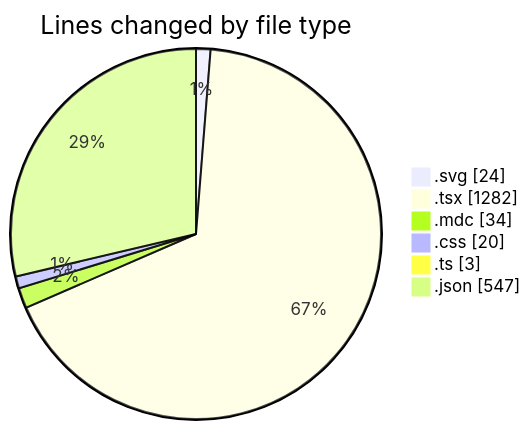
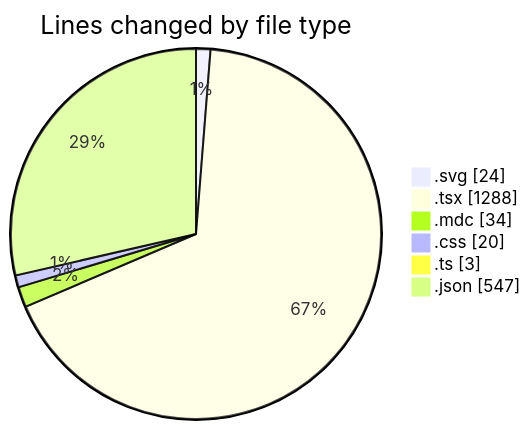
The first of 2 diagrams in 2025-07-18/ribbon/README.md (EIIisD/code-tracking), drawn with Mermaid before and after one commit. The commit also changed other lines of this file and 1 other file, not shown here.

````diff
--- a/2025-07-18/ribbon/README.md
+++ b/2025-07-18/ribbon/README.md
@@ -27,10 +27,10 @@
 ```mermaid
 pie showData
 title Lines changed by file type
 ".svg" : 24
-".tsx" : 1282
+".tsx" : 1288
 ".mdc" : 34
 ".css" : 20
 ".ts" : 3
 ".json" : 547
 ```
````
